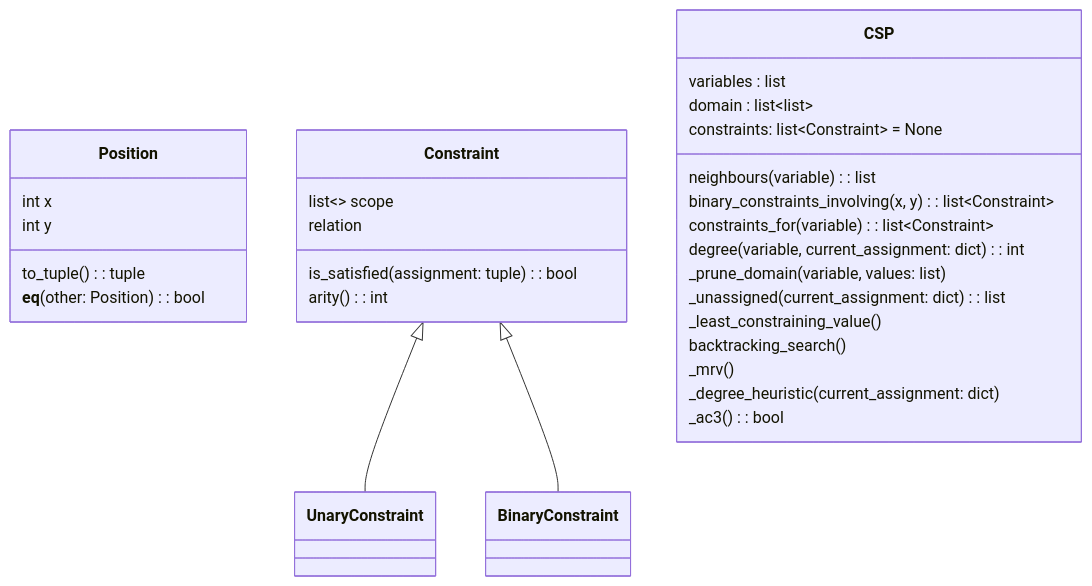
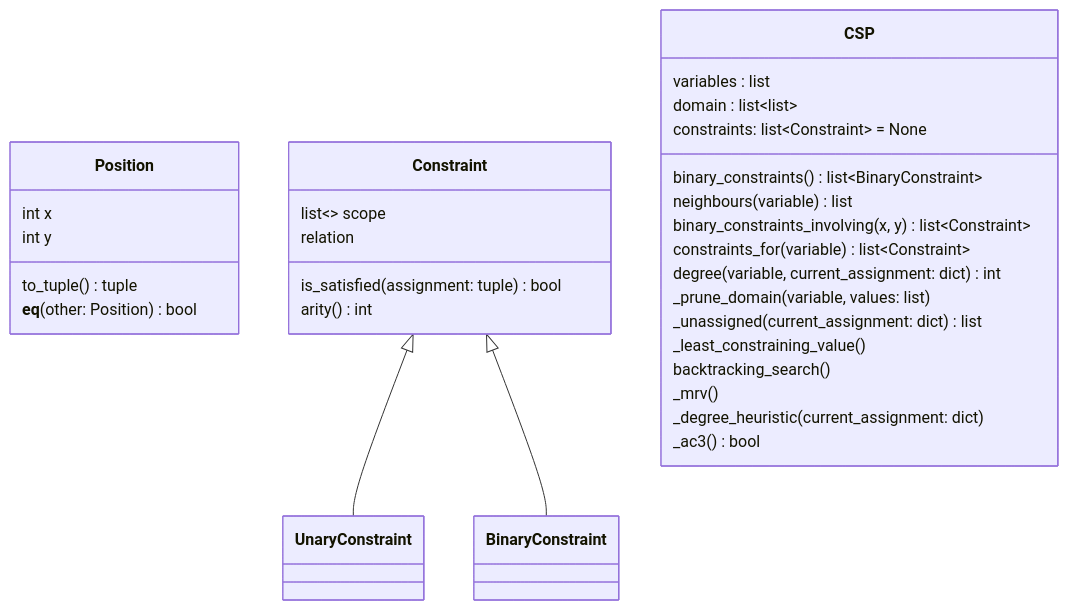
One commit to juliadeg/Labyrinth changed the diagram in UML.md. Above: the diagram before and after it, drawn with Mermaid. The commit also changed 1 other file, not shown here.

````diff
--- a/UML.md
+++ b/UML.md
@@ -4,59 +4,61 @@
 ```mermaid
 classDiagram
     class Position {
         int x
         int y
 
-        to_tuple() : tuple
-        __eq__(other: Position) : bool
+        to_tuple() tuple
+        __eq__(other: Position) bool
     }
 
     class Constraint {
         list~~ scope
         relation
 
-        is_satisfied(assignment: tuple) : bool
-        arity() : int
+        is_satisfied(assignment: tuple) bool
+        arity() int
     }
     
     class UnaryConstraint{
 
         }
 
     Constraint <|-- UnaryConstraint
 
     class BinaryConstraint{
         
     }
 
     Constraint <|-- BinaryConstraint
 
     class CSP {
         variables : list 
         domain : list~list~
         constraints: list~Constraint~ = None
+
+        binary_constraints() list~BinaryConstraint~
         
-        neighbours(variable) : list
+        neighbours(variable) list
         
-        binary_constraints_involving(x, y) : list~Constraint~
+        binary_constraints_involving(x, y) list~Constraint~
 
-        constraints_for(variable) : list~Constraint~
+        constraints_for(variable) list~Constraint~
 
-        degree(variable, current_assignment: dict) : int
+        degree(variable, current_assignment: dict) int
         
         _prune_domain(variable, values: list)
 
-        _unassigned(current_assignment: dict) : list 
+        _unassigned(current_assignment: dict) list 
 
         _least_constraining_value()
 
         backtracking_search()
 
         _mrv()
 
         _degree_heuristic(current_assignment: dict)
 
-        _ac3() : bool
+        _ac3() bool
     }
 
 ```
````
